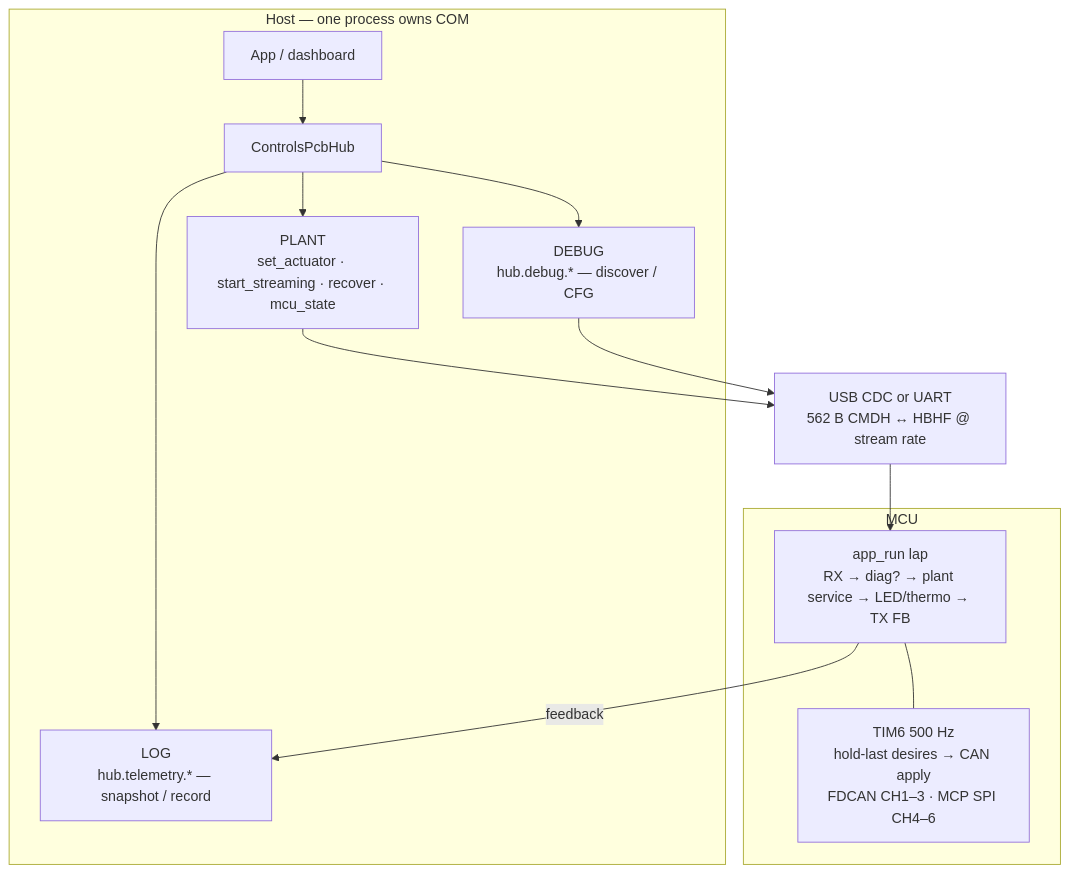
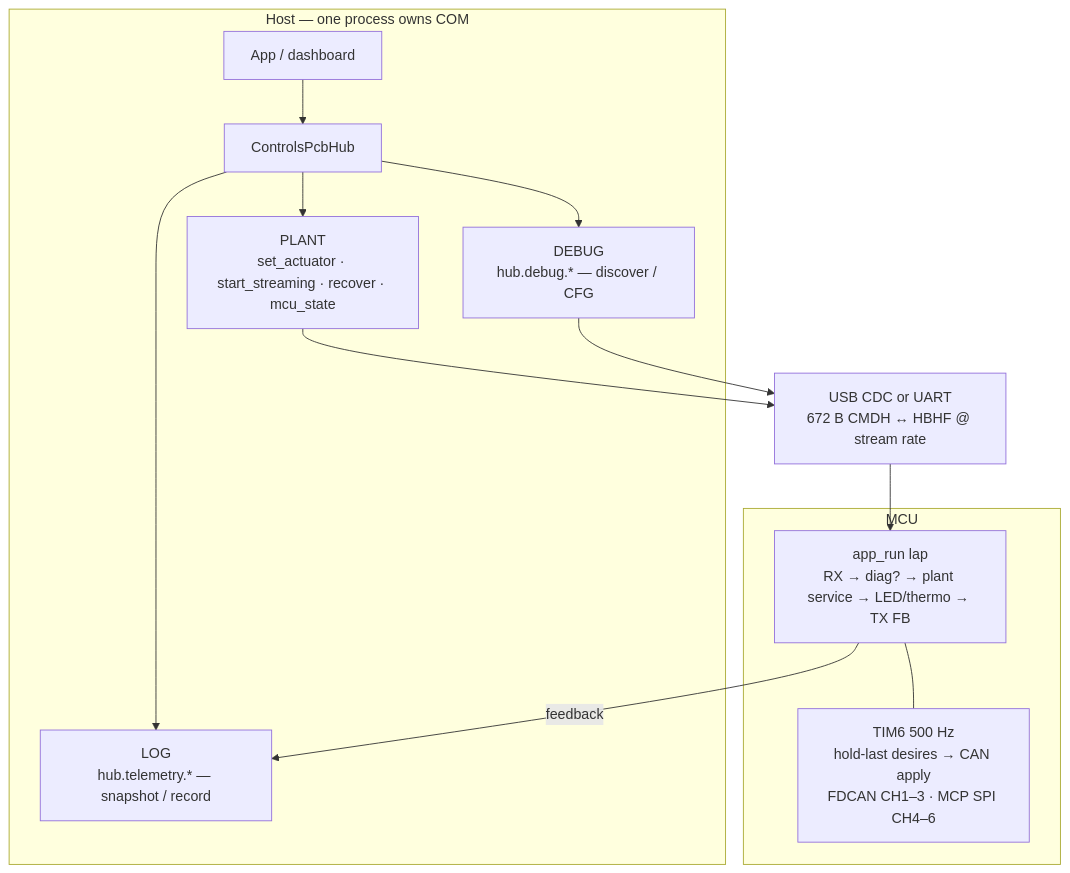
One commit to lontans/Deft_Robo_Controls changed the diagram in docs/api.md. Above: the diagram before and after it, drawn with Mermaid. The commit also changed other lines of this file and 45 other files, not shown here.

````diff
--- a/docs/api.md
+++ b/docs/api.md
@@ -16,27 +16,27 @@
 ```mermaid
 flowchart TB
   subgraph host["Host — one process owns COM"]
     App["App / dashboard"]
     Hub["ControlsPcbHub"]
     Plant["PLANT<br/>set_actuator · start_streaming · recover · mcu_state"]
     Debug["DEBUG<br/>hub.debug.* — discover / CFG"]
     Log["LOG<br/>hub.telemetry.* — snapshot / record"]
     App --> Hub
     Hub --> Plant
     Hub --> Debug
     Hub --> Log
   end
 
-  Link["USB CDC or UART<br/>562 B CMDH ↔ HBHF @ stream rate"]
+  Link["USB CDC or UART<br/>672 B CMDH ↔ HBHF @ stream rate"]
 
   subgraph mcu["MCU"]
     Super["app_run lap<br/>RX → diag? → plant service → LED/thermo → TX FB"]
     Tick["TIM6 500 Hz<br/>hold-last desires → CAN apply<br/>FDCAN CH1–3 · MCP SPI CH4–6"]
     Super --- Tick
   end
 
   Plant --> Link
   Debug --> Link
   Link --> Super
   Super -->|feedback| Log
 ```
````
